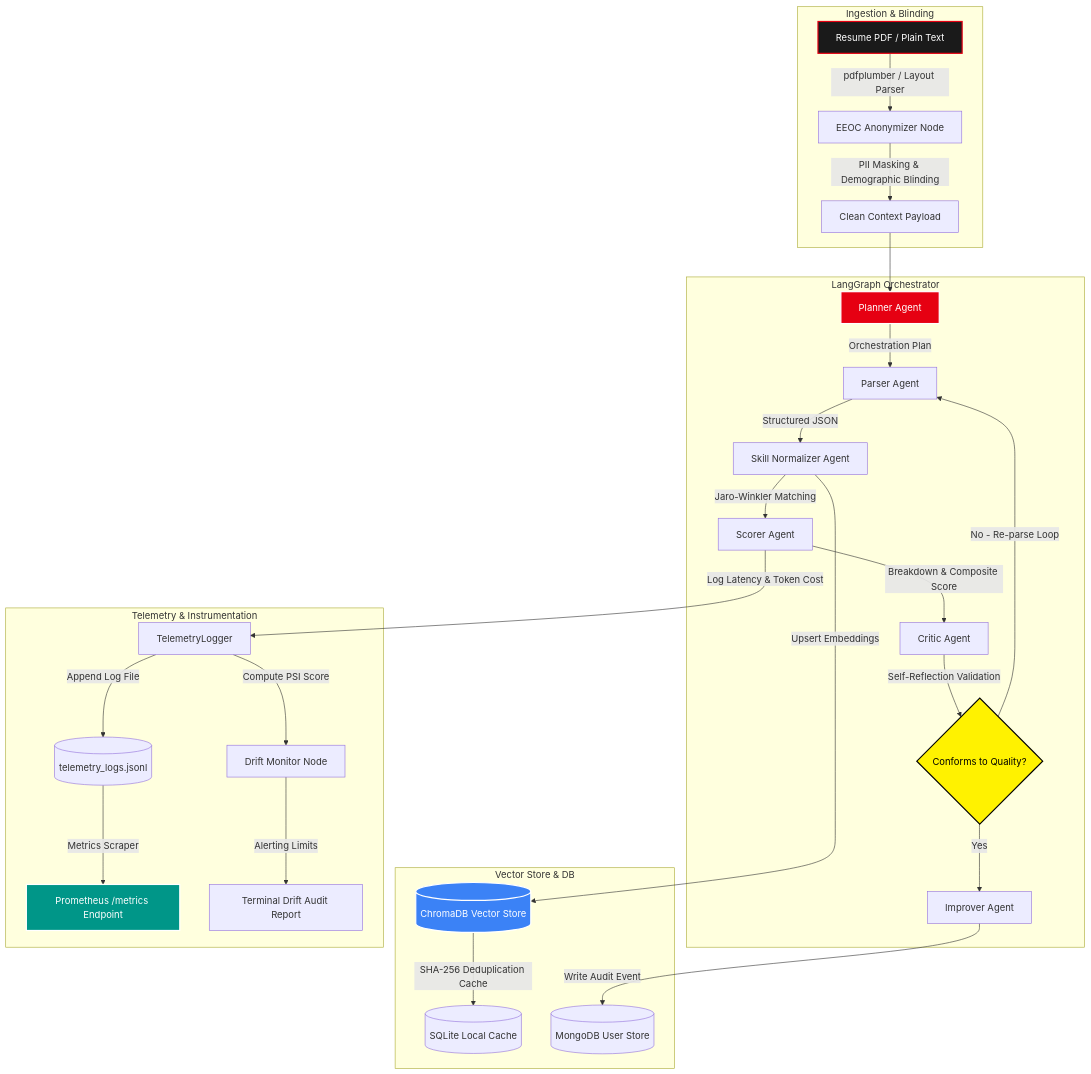
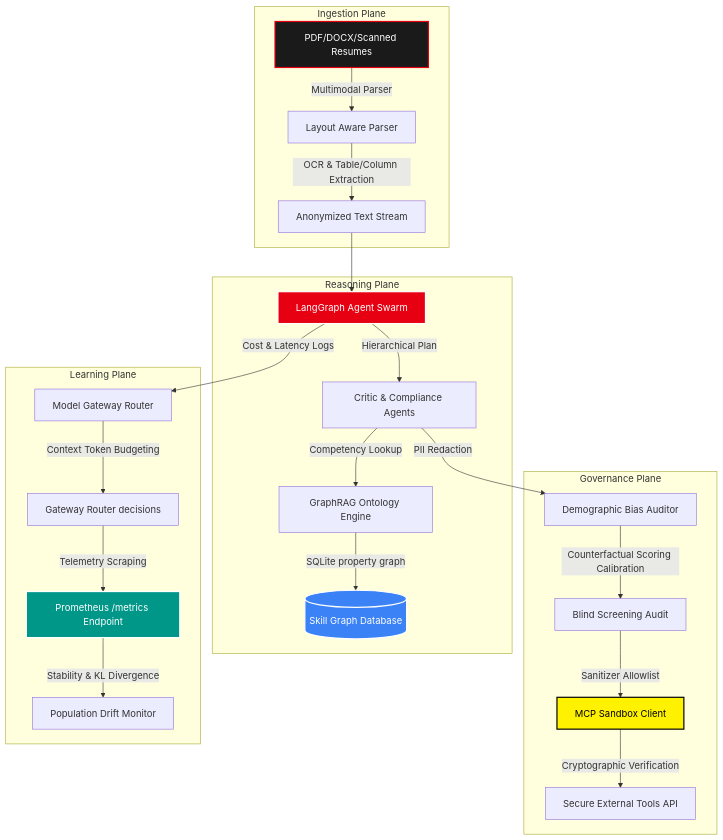
The diagram in README.md (naman-fr/PSI_resume_analyser), drawn with Mermaid before and after one commit. The commit also changed other lines of this file, not shown here.

Commit message:
docs: update README.md with Candidate Intelligence Platform 4-plane architecture

````diff
--- a/README.md
+++ b/README.md
@@ -17,38 +17,34 @@
 ```mermaid
 flowchart TD
-    subgraph Ingestion_Layer [Ingestion & Blinding]
-        A[Resume PDF / Plain Text] -->|pdfplumber / Layout Parser| B[EEOC Anonymizer Node]
-        B -->|PII Masking & Demographic Blinding| C[Clean Context Payload]
+    subgraph Ingestion_Plane [Ingestion Plane]
+        A[PDF/DOCX/Scanned Resumes] -->|Multimodal Parser| B[Layout Aware Parser]
+        B -->|OCR & Table/Column Extraction| C[Anonymized Text Stream]
     end
 
-    subgraph Agentic_Core [LangGraph Orchestrator]
-        C --> D[Planner Agent]
-        D -->|Orchestration Plan| E[Parser Agent]
-        E -->|Structured JSON| F[Skill Normalizer Agent]
-        F -->|Jaro-Winkler Matching| G[Scorer Agent]
-        G -->|Breakdown & Composite Score| H[Critic Agent]
-        H -->|Self-Reflection Validation| I{Conforms to Quality?}
-        I -->|No - Re-parse Loop| E
-        I -->|Yes| J[Improver Agent]
+    subgraph Reasoning_Plane [Reasoning Plane]
+        C --> D[LangGraph Agent Swarm]
+        D -->|Hierarchical Plan| E[Critic & Compliance Agents]
+        E -->|Competency Lookup| F[GraphRAG Ontology Engine]
+        F -->|SQLite property graph| G[(Skill Graph Database)]
     end
 
-    subgraph Storage_Cache [Vector Store & DB]
-        F -->|Upsert Embeddings| K[(ChromaDB Vector Store)]
-        K -->|SHA-256 Deduplication Cache| L[(SQLite Local Cache)]
-        J -->|Write Audit Event| M[(MongoDB User Store)]
+    subgraph Governance_Plane [Governance Plane]
+        E -->|PII Redaction| H[Demographic Bias Auditor]
+        H -->|Counterfactual Scoring Calibration| I[Blind Screening Audit]
+        I -->|Sanitizer Allowlist| J[MCP Sandbox Client]
+        J -->|Cryptographic Verification| K[Secure External Tools API]
     end
 
-    subgraph Observability_MLOps [Telemetry & Instrumentation]
-        G -->|Log Latency & Token Cost| N[TelemetryLogger]
-        N -->|Append Log File| O[(telemetry_logs.jsonl)]
-        N -->|Compute PSI Score| P[Drift Monitor Node]
-        O -->|Metrics Scraper| Q[Prometheus /metrics Endpoint]
-        P -->|Alerting Limits| R[Terminal Drift Audit Report]
+    subgraph Learning_Plane [Learning Plane]
+        D -->|Cost & Latency Logs| L[Model Gateway Router]
+        L -->|Context Token Budgeting| M[Gateway Router decisions]
+        M -->|Telemetry Scraping| N[Prometheus /metrics Endpoint]
+        N -->|Stability & KL Divergence| O[Population Drift Monitor]
     end
 
     style A fill:#1a1a1a,stroke:#E60012,stroke-width:2px,color:#fff
     style D fill:#E60012,stroke:#fff,stroke-width:2px,color:#fff
-    style I fill:#FFF200,stroke:#000,stroke-width:2px,color:#000
-    style K fill:#3b82f6,stroke:#fff,stroke-width:2px,color:#fff
-    style Q fill:#009688,stroke:#fff,stroke-width:2px,color:#fff
+    style G fill:#3b82f6,stroke:#fff,stroke-width:2px,color:#fff
+    style J fill:#FFF200,stroke:#000,stroke-width:2px,color:#000
+    style N fill:#009688,stroke:#fff,stroke-width:2px,color:#fff
 ```
````
